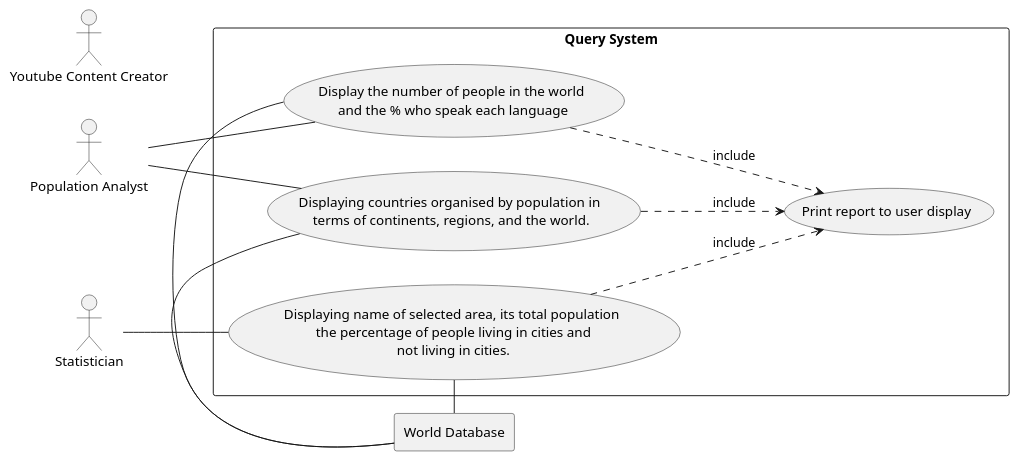
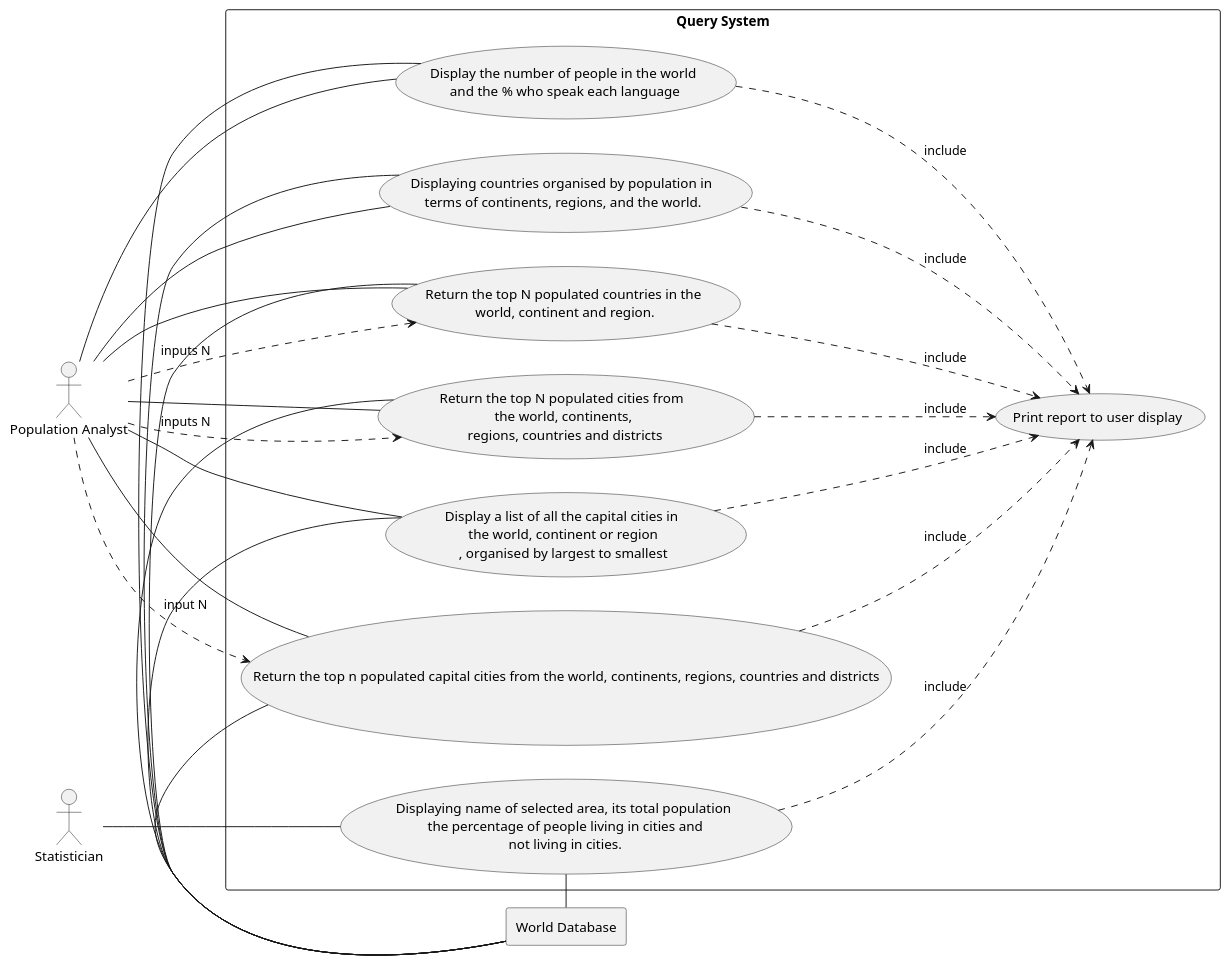
The diagram in docs/use-case/use-case-1.puml (glugg23/SET08103-G20), drawn with PlantUML before and after one commit.

Commit message:
Update use-case-1.puml, close to completion.

```diff
--- a/docs/use-case/use-case-1.puml
+++ b/docs/use-case/use-case-1.puml
@@ -1,29 +1,48 @@
 @startuml
 left to right direction
 
 rectangle "World Database" as S2
 
 :Population Analyst: as A1
 :Statistician: as A2
-:Youtube Content Creator: as A3
 
 rectangle "Query System" as S1 {
     (Print report to user display) as U1
     (Display the number of people in the world\n and the % who speak each language) as U2
     A1 -- U2
     (Displaying name of selected area, its total population\n the percentage of people living in cities and\n not living in cities.) as U3
     A2 -- U3
     (Displaying countries organised by population in \nterms of continents, regions, and the world.) as U4
     A1 -- U4
+    (Return the top N populated countries in the\n world, continent and region.) as U5
+    A1 -- U5
+    (Return the top N populated cities from \nthe world, continents,\n regions, countries and districts) as U6
+    A1 -- U6
+    (Display a list of all the capital cities in \nthe world, continent or region\n, organised by largest to smallest) as U7
+    A1 -- U7
+    (Return the top n populated capital cities from the world, continents, regions, countries and districts) as U8
+    A1 -- U8
+    
 
-      
+
+    A1 ..> U5 : " inputs N"
+    A1 ..> U6 : " inputs N"
+    A1 ..> U8 : " input N"
     U2 ..> U1 : " include"
     U3 ..> U1 : " include"
     U4 ..> U1 : " include"
+    U5 ..> U1 : " include"
+    U6 ..> U1 : " include"
+    U7 ..> U1 : " include"
+    U8 ..> U1 : " include"
+
     U2 -left- S2
     U3 -left- S2
     U4 -left- S2
-
+    U5 -left- S2
+    U6 -left- S2
+    U7 -left- S2
+    U8 -left- S2
 }
 
 @enduml
```
